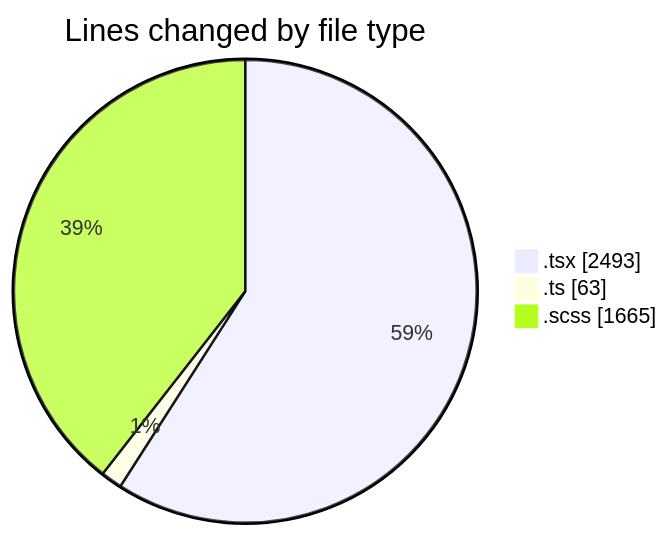
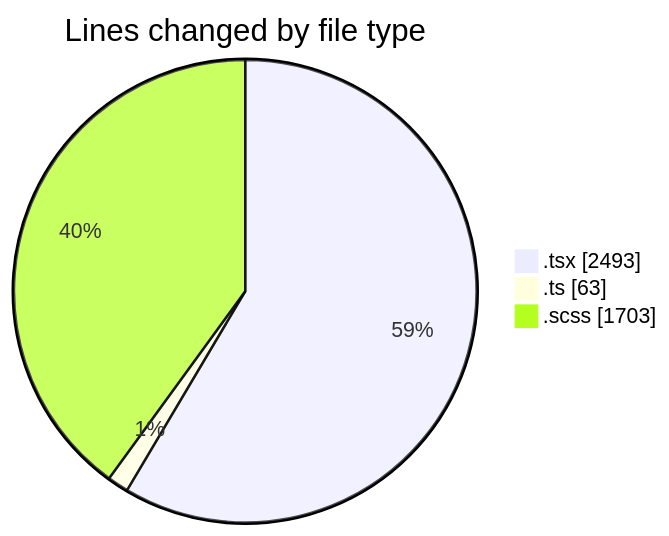
The first of 2 diagrams in 2025-04-02/cda/README.md (momahboobian/code-tracking), drawn with Mermaid before and after one commit. The commit also changed other lines of this file and 1 other file, not shown here.

````diff
--- a/2025-04-02/cda/README.md
+++ b/2025-04-02/cda/README.md
@@ -30,7 +30,7 @@
 ```mermaid
 pie showData
 title Lines changed by file type
 ".tsx" : 2493
 ".ts" : 63
-".scss" : 1665
+".scss" : 1703
 ```
````
